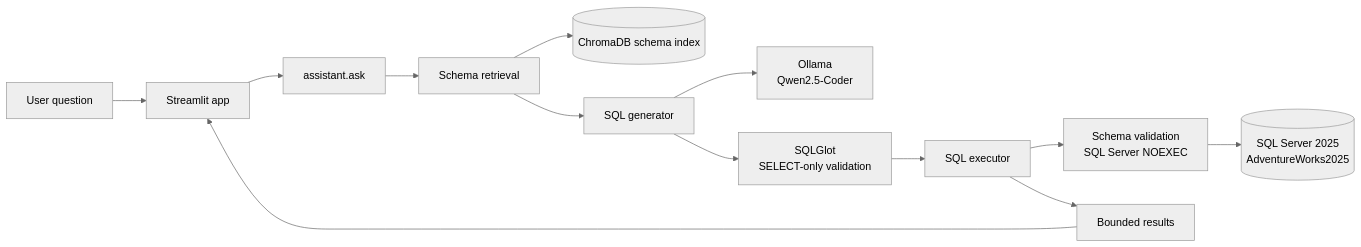
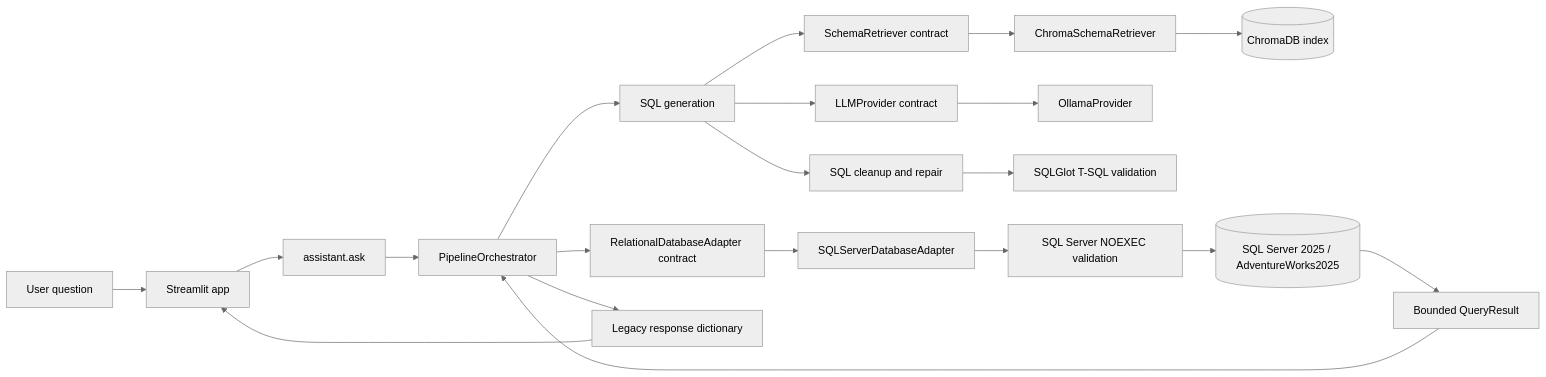
One commit to fabioeaffreitas/ssa-sql-server-assistant changed the diagram in README.md. Above: the diagram before and after it, drawn with Mermaid (neutral theme). The commit also changed other lines of this file, not shown here.

Commit message:
Checkpoint 27.8: refresh README with current architecture and features

````diff
--- a/README.md
+++ b/README.md
@@ -36,15 +29,22 @@
 ```mermaid
 flowchart LR
     User[User question] --> UI[Streamlit app]
-    UI --> Assistant[assistant.ask]
-    Assistant --> Retrieval[Schema retrieval]
-    Retrieval --> Chroma[(ChromaDB schema index)]
-    Retrieval --> Generator[SQL generator]
-    Generator --> Ollama[Ollama<br/>Qwen2.5-Coder]
-    Generator --> Syntax[SQLGlot<br/>SELECT-only validation]
-    Syntax --> Executor[SQL executor]
-    Executor --> Compile[Schema validation<br/>SQL Server NOEXEC]
-    Compile --> SQL[(SQL Server 2025<br/>AdventureWorks2025)]
-    Executor --> Results[Bounded results]
-    Results --> UI
+    UI --> Ask[assistant.ask]
+    Ask --> Pipeline[PipelineOrchestrator]
+    Pipeline --> Generator[SQL generation]
+    Generator --> Retriever[SchemaRetriever contract]
+    Retriever --> Chroma[ChromaSchemaRetriever]
+    Chroma --> Index[(ChromaDB index)]
+    Generator --> Provider[LLMProvider contract]
+    Provider --> Ollama[OllamaProvider]
+    Generator --> Repair[SQL cleanup and repair]
+    Repair --> Validation[SQLGlot T-SQL validation]
+    Pipeline --> Database[RelationalDatabaseAdapter contract]
+    Database --> SQLAdapter[SQLServerDatabaseAdapter]
+    SQLAdapter --> SQLValidation[SQL Server NOEXEC validation]
+    SQLValidation --> SQL[(SQL Server 2025 / AdventureWorks2025)]
+    SQL --> Results[Bounded QueryResult]
+    Results --> Pipeline
+    Pipeline --> Response[Legacy response dictionary]
+    Response --> UI
 ```
````
